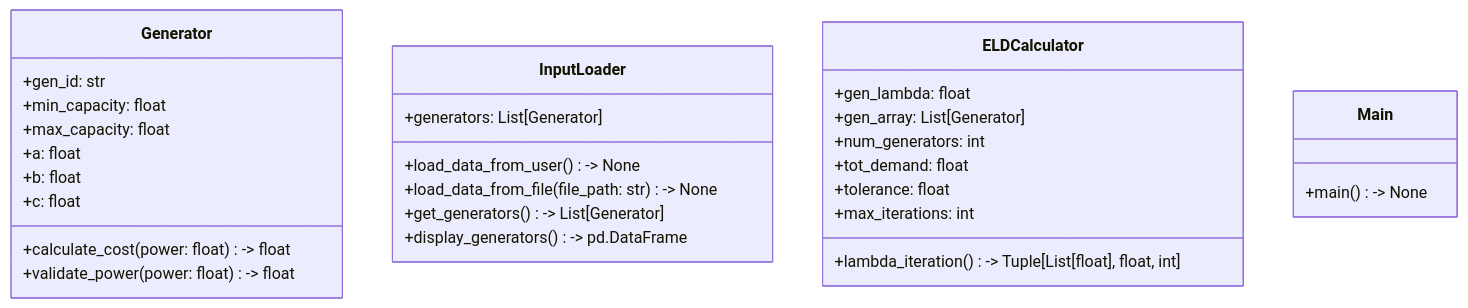
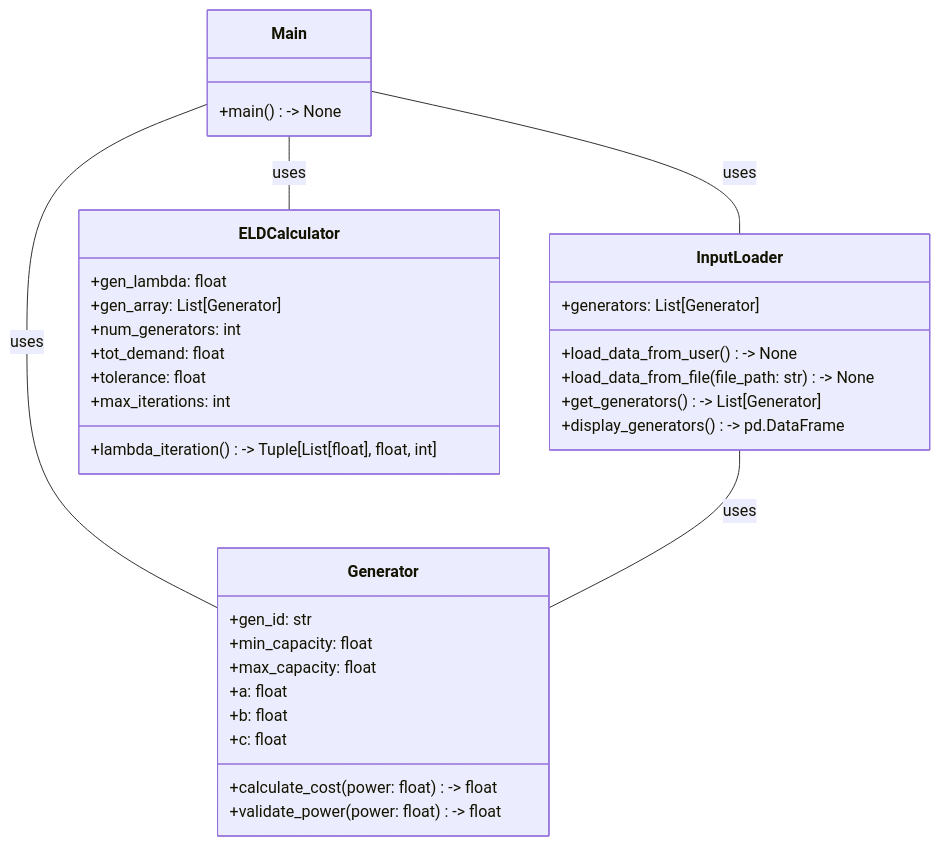
Before and after one commit to Sree2011/eld-console-python: the diagram in README.md, drawn with Mermaid. The commit also changed other lines of this file, not shown here.

Commit message:
good night1

````diff
--- a/README.md
+++ b/README.md
@@ -26,37 +27,43 @@
 ```mermaid
 classDiagram
     class Generator {
         +gen_id: str
         +min_capacity: float
         +max_capacity: float
         +a: float
         +b: float
         +c: float
         +calculate_cost(power: float) -> float
         +validate_power(power: float) -> float
     }
 
     class InputLoader {
         +generators: List[Generator]
         +load_data_from_user() -> None
         +load_data_from_file(file_path: str) -> None
         +get_generators() -> List[Generator]
         +display_generators() -> pd.DataFrame
     }
 
     class ELDCalculator {
         +gen_lambda: float
         +gen_array: List[Generator]
         +num_generators: int
         +tot_demand: float
         +tolerance: float
         +max_iterations: int
         +lambda_iteration() -> Tuple[List[float], float, int]
     }
 
     class Main {
         +main() -> None
     }
+
+
+    Main -- ELDCalculator : uses
+    Main -- InputLoader : uses
+    Main -- Generator : uses
+    InputLoader -- Generator : uses
 end
 
 ```
````
